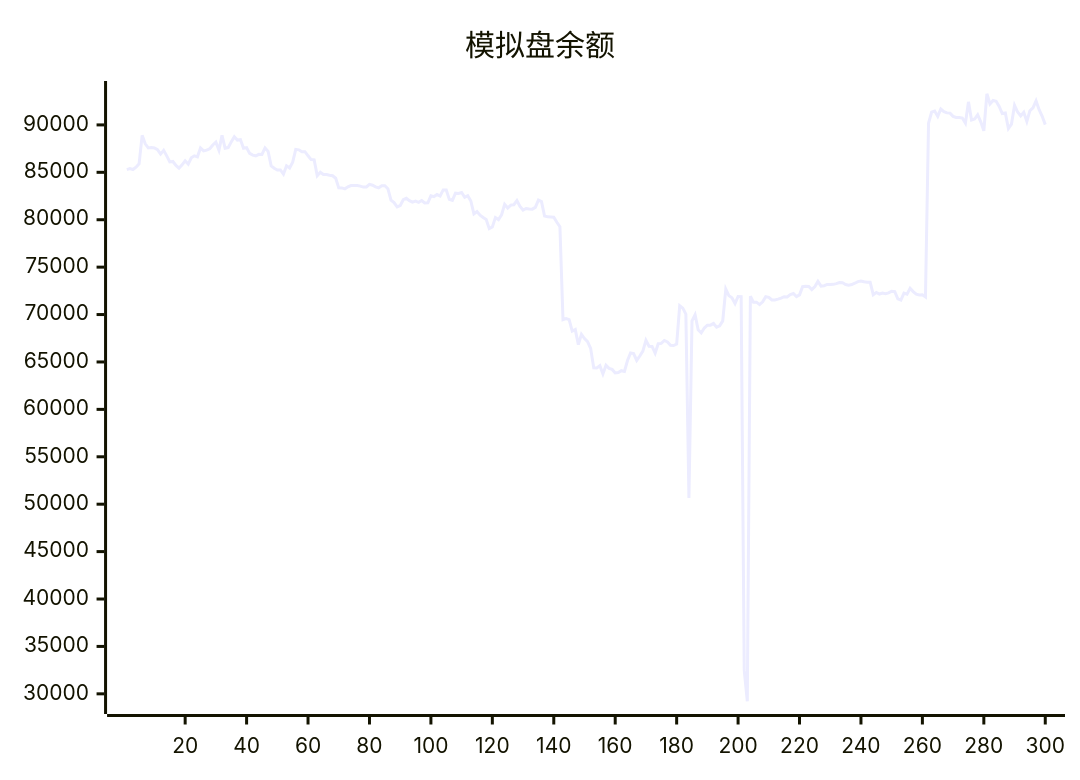
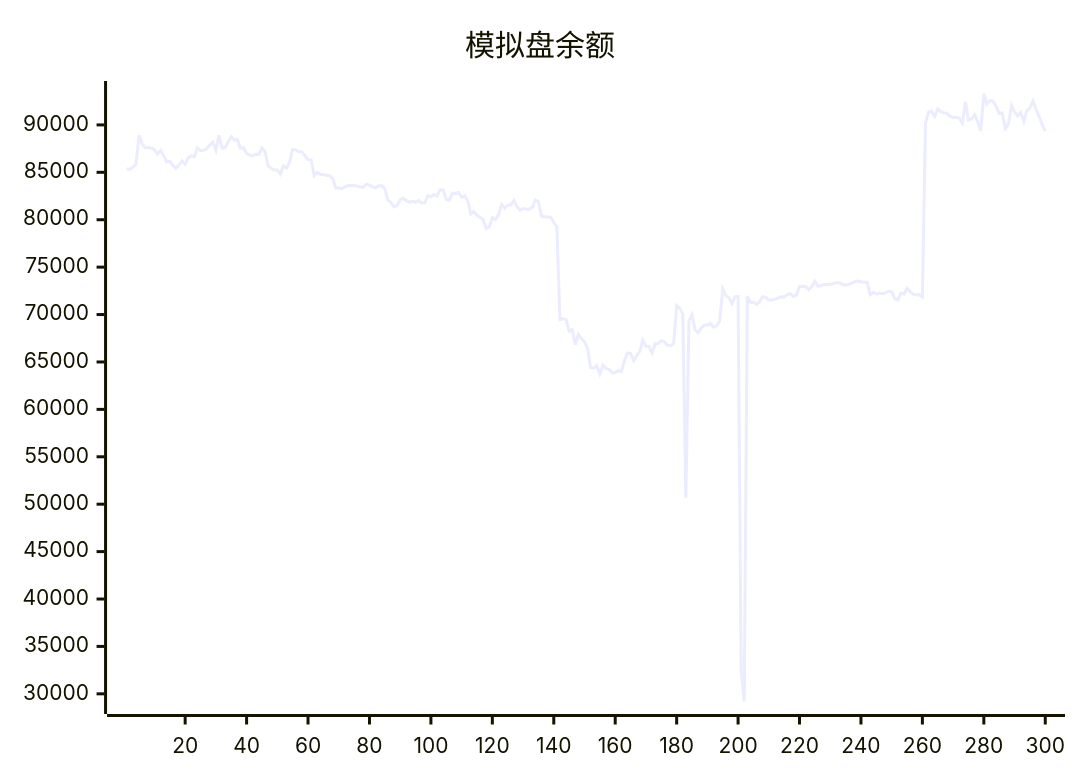
Before and after one commit to aahl/ai-trading: the diagram in README.md, drawn with Mermaid. The commit also changed other lines of this file and 1 other file, not shown here.

````diff
--- a/README.md
+++ b/README.md
@@ -5,5 +5,5 @@
 ```mermaid
 xychart
     title "模拟盘余额"
-    line [85284,85393,85294,85538,85894,88904,88012,87567,87625,87568,87386,86920,87313,86737,86094,86143,85725,85437,85787,86219,85859,86526,86740,86630,87563,87264,87335,87483,87886,88180,87335,88894,87544,87608,88207,88755,88401,88444,87543,87608,87000,86810,86740,86894,86884,87576,87209,85686,85435,85251,85255,84820,85689,85453,86066,87420,87373,87161,87178,86740,86341,86315,84643,85012,84772,84768,84690,84635,84376,83360,83357,83259,83474,83608,83606,83602,83548,83440,83454,83724,83644,83464,83365,83590,83592,83275,82072,81806,81344,81492,82109,82254,82006,81848,81955,81829,82022,81769,81776,82522,82441,82656,82498,83144,83144,82150,82038,82797,82763,82872,82367,82536,81981,80612,80862,80484,80242,80034,79063,79245,80226,80016,80507,81625,81233,81544,81578,82016,81401,81019,81186,81130,81118,81306,82066,81909,80392,80304,80291,80258,79729,79261,69466,69579,69456,68251,68415,66832,67911,67462,67144,66432,64380,64375,64606,63740,64647,64324,64216,63842,63877,64078,64008,65156,65945,65888,65157,65625,66144,67284,66653,66639,65924,66925,66956,67263,67108,66766,66729,66886,70927,70673,70049,50652,69334,69973,68400,68061,68578,68876,68879,69055,68662,68822,69329,72687,71999,71760,71162,71911,71896,32500,29218,71927,71297,71305,71044,71337,71883,71822,71536,71536,71622,71723,71880,71860,72100,72216,71887,72077,72940,72976,72966,72638,72948,73497,73004,73041,73173,73160,73186,73258,73375,73351,73173,73098,73161,73305,73474,73536,73457,73413,73412,72100,72333,72164,72272,72204,72285,72461,72421,71652,71521,72267,72157,72774,72424,72144,72060,72091,71858,90185,91338,91466,90900,91678,91404,91268,91244,90903,90779,90787,90721,90187,92429,90518,90619,91070,90328,89376,93286,92202,92581,92485,91947,91196,91259,89619,90086,92063,91355,90950,91327,90373,91498,91800,92531,91603,90910,90031]
+    line [85393,85294,85538,85894,88904,88012,87567,87625,87568,87386,86920,87313,86737,86094,86143,85725,85437,85787,86219,85859,86526,86740,86630,87563,87264,87335,87483,87886,88180,87335,88894,87544,87608,88207,88755,88401,88444,87543,87608,87000,86810,86740,86894,86884,87576,87209,85686,85435,85251,85255,84820,85689,85453,86066,87420,87373,87161,87178,86740,86341,86315,84643,85012,84772,84768,84690,84635,84376,83360,83357,83259,83474,83608,83606,83602,83548,83440,83454,83724,83644,83464,83365,83590,83592,83275,82072,81806,81344,81492,82109,82254,82006,81848,81955,81829,82022,81769,81776,82522,82441,82656,82498,83144,83144,82150,82038,82797,82763,82872,82367,82536,81981,80612,80862,80484,80242,80034,79063,79245,80226,80016,80507,81625,81233,81544,81578,82016,81401,81019,81186,81130,81118,81306,82066,81909,80392,80304,80291,80258,79729,79261,69466,69579,69456,68251,68415,66832,67911,67462,67144,66432,64380,64375,64606,63740,64647,64324,64216,63842,63877,64078,64008,65156,65945,65888,65157,65625,66144,67284,66653,66639,65924,66925,66956,67263,67108,66766,66729,66886,70927,70673,70049,50652,69334,69973,68400,68061,68578,68876,68879,69055,68662,68822,69329,72687,71999,71760,71162,71911,71896,32500,29218,71927,71297,71305,71044,71337,71883,71822,71536,71536,71622,71723,71880,71860,72100,72216,71887,72077,72940,72976,72966,72638,72948,73497,73004,73041,73173,73160,73186,73258,73375,73351,73173,73098,73161,73305,73474,73536,73457,73413,73412,72100,72333,72164,72272,72204,72285,72461,72421,71652,71521,72267,72157,72774,72424,72144,72060,72091,71858,90185,91338,91466,90900,91678,91404,91268,91244,90903,90779,90787,90721,90187,92429,90518,90619,91070,90328,89376,93286,92202,92581,92485,91947,91196,91259,89619,90086,92063,91355,90950,91327,90373,91498,91800,92531,91603,90910,90031,89351]
 ```
````
